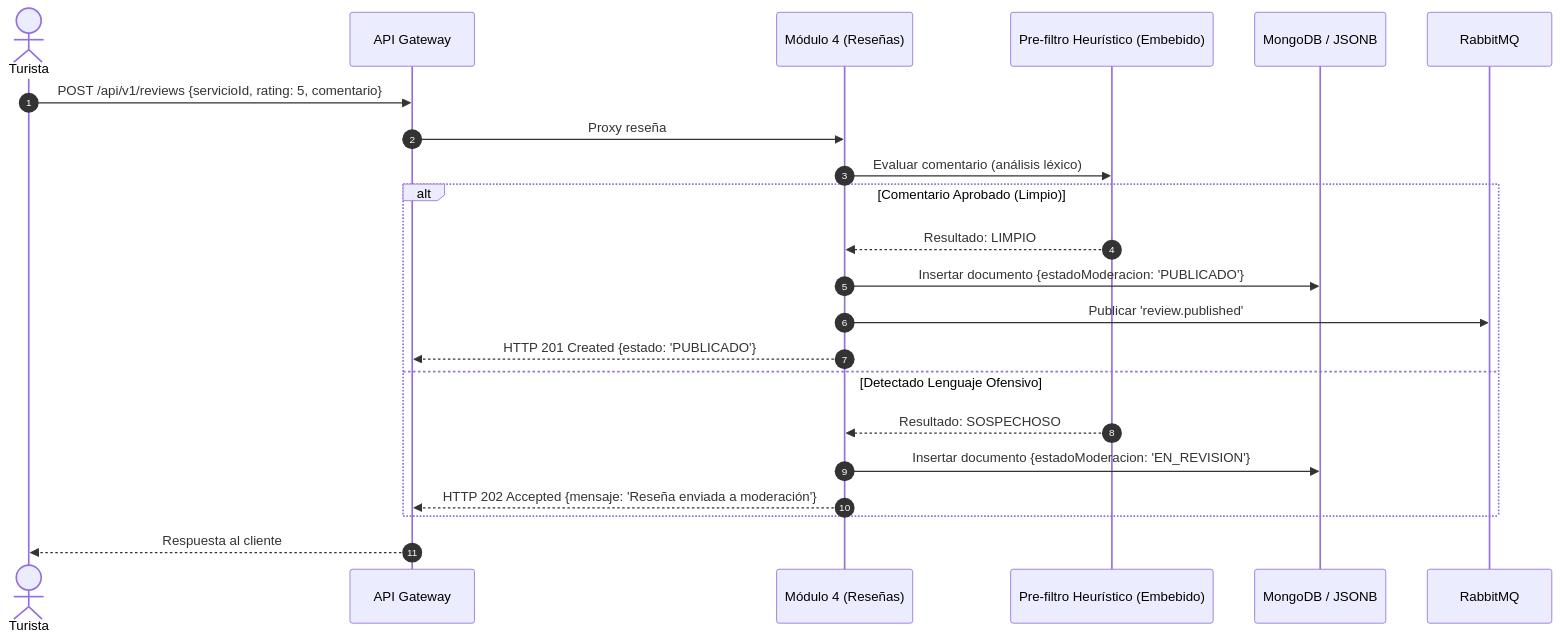
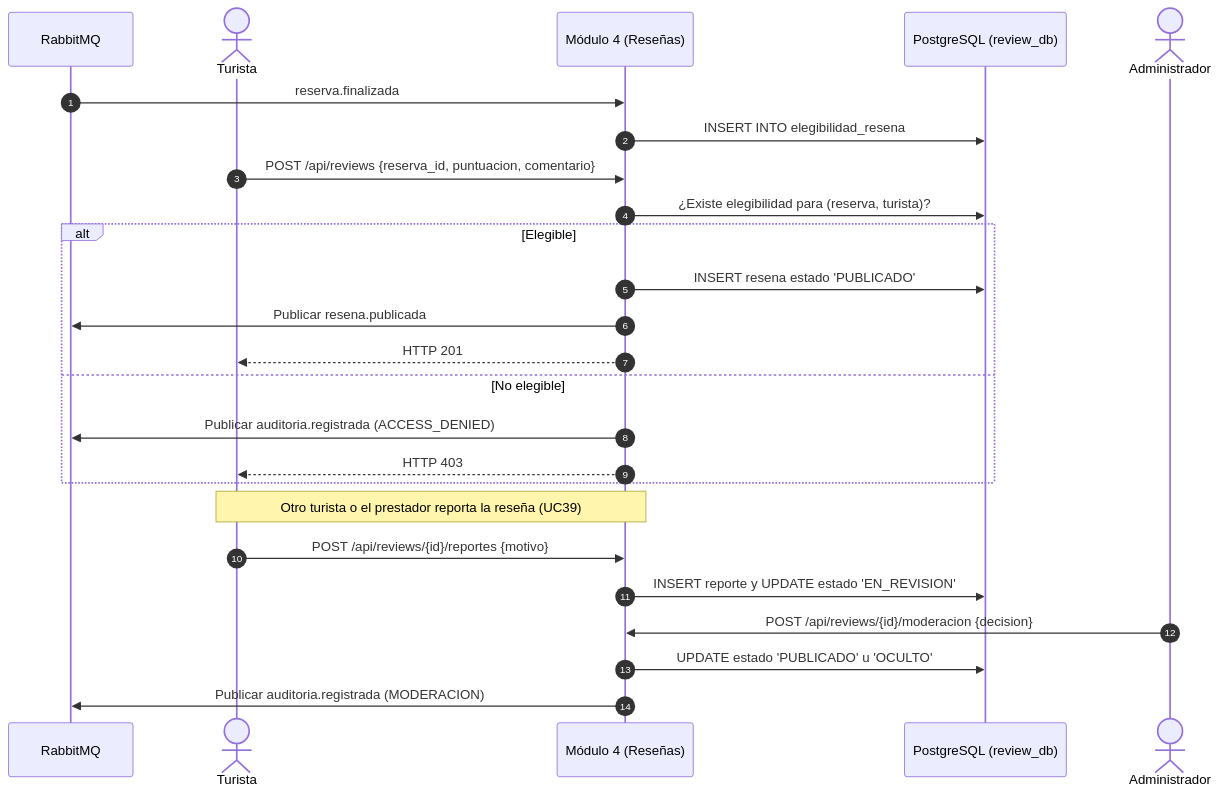
The fourth of 6 diagrams in Documents/Pages/Plan_de_Implementacion.md (luifdo/Tourism), drawn with Mermaid before and after one commit. The commit also changed other lines of this file and 5 other files, not shown here.

````diff
--- a/Documents/Pages/Plan_de_Implementacion.md
+++ b/Documents/Pages/Plan_de_Implementacion.md
@@ -563,25 +670,28 @@
 ```mermaid
 sequenceDiagram
     autonumber
+    participant Broker as RabbitMQ
     actor Tur as Turista
-    participant GW as API Gateway
     participant Rev as Módulo 4 (Reseñas)
-    participant Filter as Pre-filtro Heurístico (Embebido)
-    participant DB as MongoDB / JSONB
-    participant Broker as RabbitMQ
+    participant DB as PostgreSQL (review_db)
+    actor Adm as Administrador
 
-    Tur->>GW: POST /api/v1/reviews {servicioId, rating: 5, comentario}
-    GW->>Rev: Proxy reseña
-    Rev->>Filter: Evaluar comentario (análisis léxico)
-    alt Comentario Aprobado (Limpio)
-        Filter-->>Rev: Resultado: LIMPIO
-        Rev->>DB: Insertar documento {estadoModeracion: 'PUBLICADO'}
-        Rev->>Broker: Publicar 'review.published'
-        Rev-->>GW: HTTP 201 Created {estado: 'PUBLICADO'}
-    else Detectado Lenguaje Ofensivo
-        Filter-->>Rev: Resultado: SOSPECHOSO
-        Rev->>DB: Insertar documento {estadoModeracion: 'EN_REVISION'}
-        Rev-->>GW: HTTP 202 Accepted {mensaje: 'Reseña enviada a moderación'}
+    Broker->>Rev: reserva.finalizada
+    Rev->>DB: INSERT INTO elegibilidad_resena
+    Tur->>Rev: POST /api/reviews {reserva_id, puntuacion, comentario}
+    Rev->>DB: ¿Existe elegibilidad para (reserva, turista)?
+    alt Elegible
+        Rev->>DB: INSERT resena estado 'PUBLICADO'
+        Rev->>Broker: Publicar resena.publicada
+        Rev-->>Tur: HTTP 201
+    else No elegible
+        Rev->>Broker: Publicar auditoria.registrada (ACCESS_DENIED)
+        Rev-->>Tur: HTTP 403
     end
-    GW-->>Tur: Respuesta al cliente
+    Note over Tur,Rev: Otro turista o el prestador reporta la reseña (UC39)
+    Tur->>Rev: POST /api/reviews/{id}/reportes {motivo}
+    Rev->>DB: INSERT reporte y UPDATE estado 'EN_REVISION'
+    Adm->>Rev: POST /api/reviews/{id}/moderacion {decision}
+    Rev->>DB: UPDATE estado 'PUBLICADO' u 'OCULTO'
+    Rev->>Broker: Publicar auditoria.registrada (MODERACION)
 ```
````
